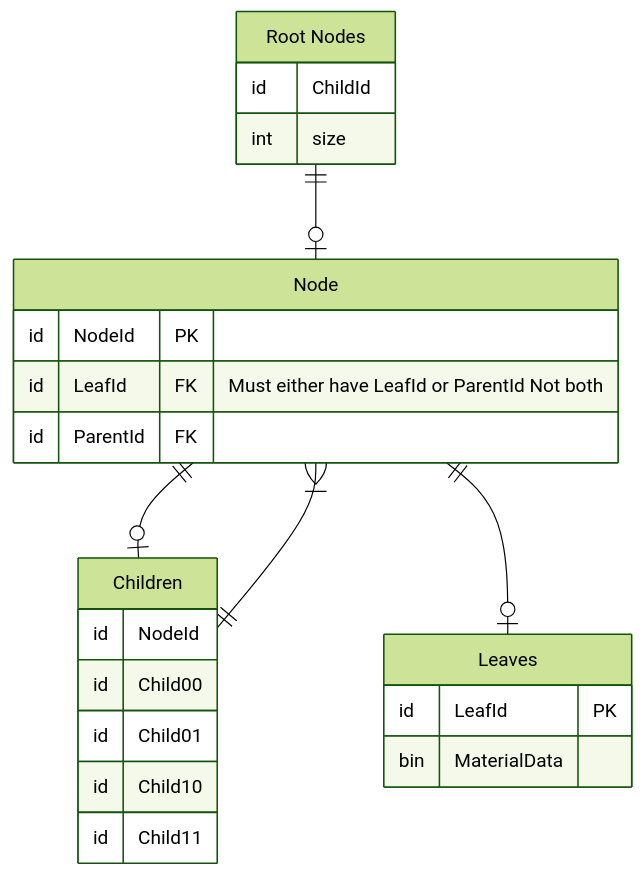
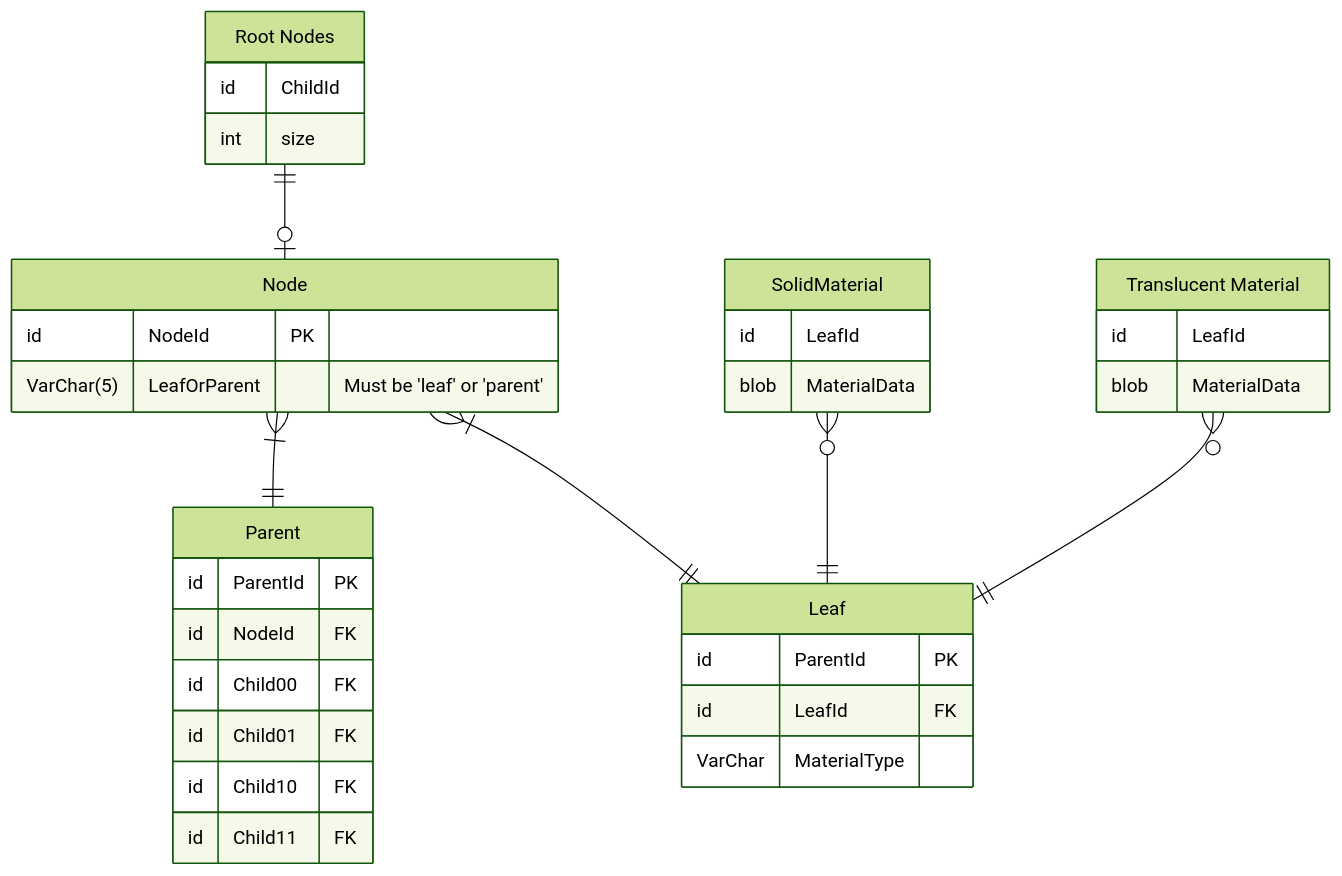
The diagram in README.md (scifi6546/ray_tracing), drawn with Mermaid (forest theme) before and after one commit. The commit also changed 11 other files, not shown here.

````diff
--- a/README.md
+++ b/README.md
@@ -89,29 +89,39 @@
 ```mermaid
 erDiagram
     RootNodes["Root Nodes"]{
         id ChildId
         int size
     }
 
-    Children{
-        id NodeId
-        id Child00
-        id Child01
-        id Child10
-        id Child11
-    }
-    Leaves{
-        id LeafId PK
-        bin MaterialData
-    }
+    
     Node{
         id NodeId PK
-        id LeafId FK "Must either have LeafId or ParentId Not both"
-        id ParentId FK
+        VarChar(5) LeafOrParent "Must be 'leaf' or 'parent'"
     }
-
+    Parent{
+        id ParentId PK
+        id NodeId FK
+        id Child00 FK
+        id Child01 FK
+        id Child10 FK
+        id Child11 FK
+    }
+    Leaf{
+        id ParentId PK
+        id LeafId FK
+        VarChar MaterialType
+    }
+    SolidMaterial{
+        id LeafId
+        blob MaterialData
+    }
+    TranslucentMaterial["Translucent Material"]{
+        id LeafId
+        blob MaterialData
+    }
+    Node |{--|| Parent: ""
+    Node |{--|| Leaf: ""
     RootNodes ||--o| Node: ""
-    Node ||--o| Children: ""
-    Node ||--o| Leaves: ""
-    Children || -- |{ Node: ""
+    SolidMaterial o{--|| Leaf: ""
+    TranslucentMaterial o{--|| Leaf: ""
 ```
````
